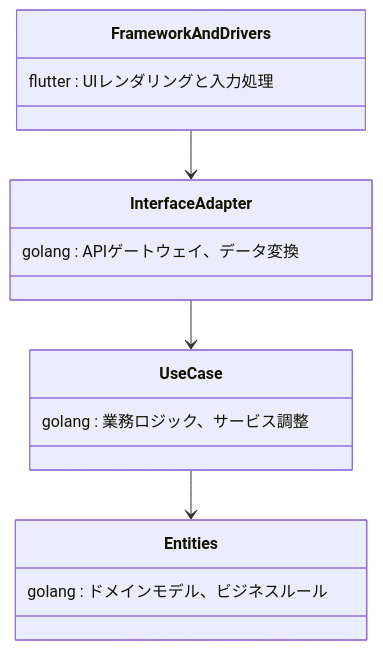
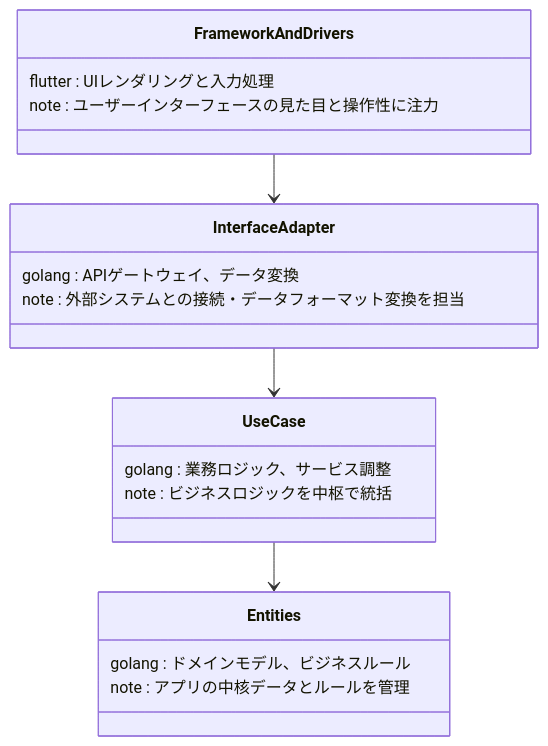
One commit to RyuheiKiso/FluMinGo changed the diagram in docs/tutorial/layer_diagram.md. Above: the diagram before and after it, drawn with Mermaid. The commit also changed other lines of this file, not shown here.

Commit message:
レイヤー図を更新し、アプリケーションアーキテクチャの各層の役割と特徴を明確化。エラーハンドリングや依存性逆転の原則についての説明を追加。

````diff
--- a/docs/tutorial/layer_diagram.md
+++ b/docs/tutorial/layer_diagram.md
@@ -6,19 +5,23 @@
 ```mermaid
 classDiagram
     direction TB
     class FrameworkAndDrivers {
         flutter : UIレンダリングと入力処理
+        note : ユーザーインターフェースの見た目と操作性に注力
     }
     class InterfaceAdapter {
         golang : APIゲートウェイ、データ変換
+        note : 外部システムとの接続・データフォーマット変換を担当
     }
     class UseCase {
         golang : 業務ロジック、サービス調整
+        note : ビジネスロジックを中枢で統括
     }
     class Entities {
         golang : ドメインモデル、ビジネスルール
+        note : アプリの中核データとルールを管理
     }
     FrameworkAndDrivers --> InterfaceAdapter
     InterfaceAdapter --> UseCase
     UseCase --> Entities
 ```
````
